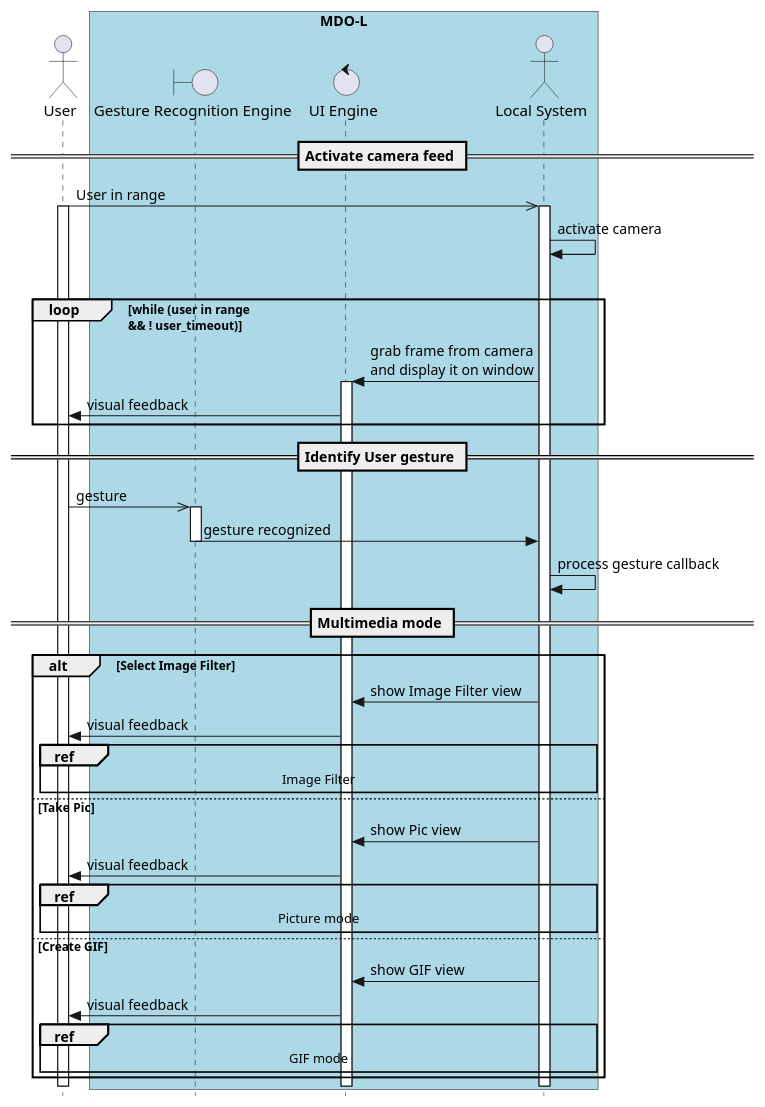
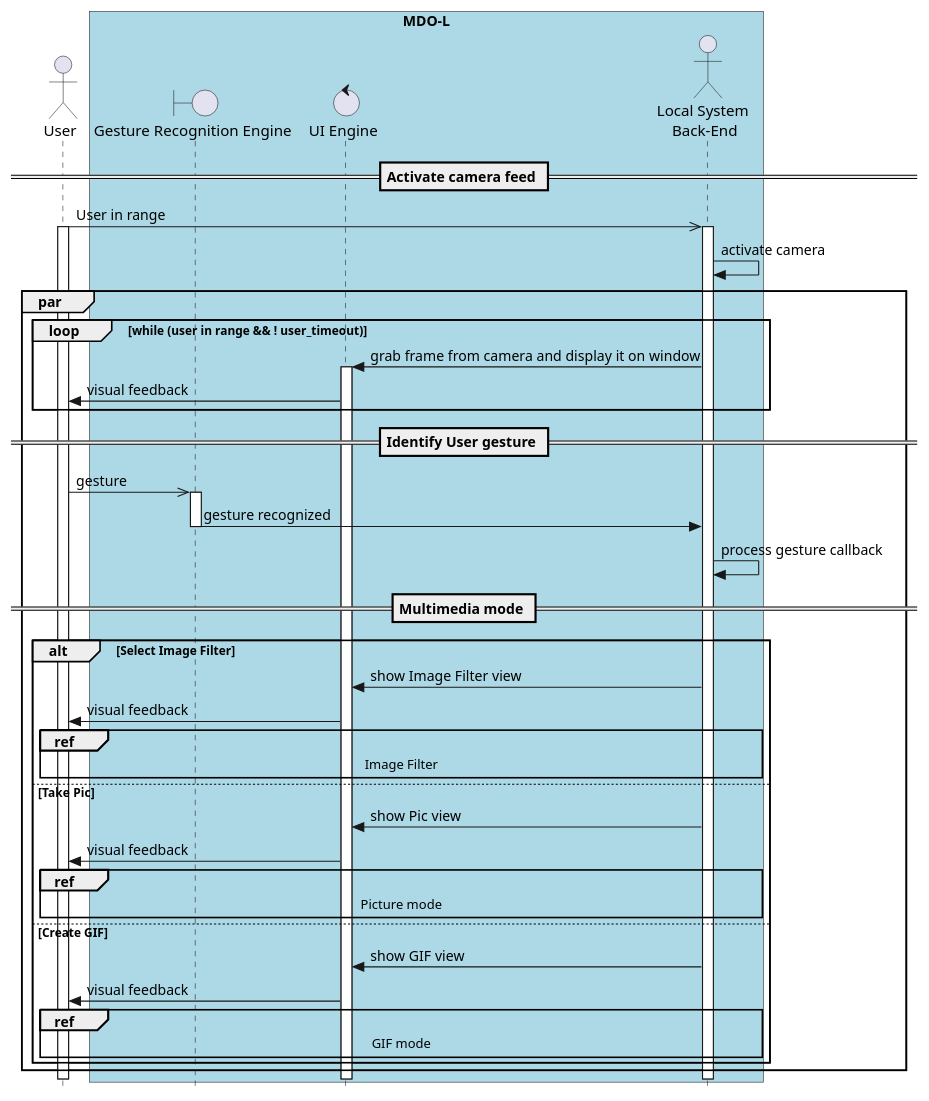
One commit to ElectroQuanta/MDO changed diagram 16 of 16 in Proj/readme.org. Above: the diagram before and after it, drawn with PlantUML. The commit also changed other lines of this file and 6 other files, not shown here.

Commit message:
UPDT: local: seq-diag - interaction mode

```diff
--- a/Proj/readme.org
+++ b/Proj/readme.org
@@ -565,71 +565,74 @@
-#+BEGIN_SRC plantuml :file diags/plantuml/seq-diag/output/interaction-mode.png
+#+BEGIN_SRC plantuml :file diags/plantuml/seq-diag/output/seq-local-interaction-mode.png
   @startuml
   ' ---------- SETUP ----------------
   ' strict uml style and hide footboxes
   skinparam style strictuml
   hide footbox
   ' for anchors and duration this may be required (uncomment)
   ' !pragma teoz true
 
   ' ---------- Declaring participants
   ' participant Participant as Foo
   actor User
   box "MDO-L" #LightBlue
   boundary "Gesture Recognition Engine" as GRE
   control "UI Engine" as UIE
-  actor "Local System" as LS
+  actor "Local System \nBack-End" as LS
   endbox
   ' entity      Entity      as Foo4
   ' database    Database    as Foo5
   ' collections Collections as Foo6
   ' queue       Queue       as Foo7
   ' Foo -> Foo1 : To actor 
   ' Foo -> Foo2 : To boundary
   ' Foo -> Foo3 : To control
   ' Foo -> Foo4 : To entity
   ' Foo -> Foo5 : To database
   ' Foo -> Foo6 : To collections
   ' Foo -> Foo7: To queue
 
   ' async message
 == Activate camera feed ==
   User ->> LS: User in range
   activate User
   activate LS
   LS -> LS: activate camera
 
   par
-      loop while (user in range \n&& ! user_timeout)
-          LS -> UIE: grab frame from camera \nand display it on window
-	  activate UIE
-	  UIE -> User: visual feedback
-      end
-
-== Identify User gesture ==
-User ->> GRE: gesture
-activate GRE
-GRE -> LS: gesture recognized
-deactivate GRE
-LS -> LS: process gesture callback
-== Multimedia mode ==
-alt Select Image Filter
-LS -> UIE: show Image Filter view
-UIE -> User: visual feedback
-ref over User, GRE, UIE, LS: Image Filter
-else Take Pic
-LS -> UIE: show Pic view
-UIE -> User: visual feedback
-ref over User, GRE, UIE, LS: Picture mode
-else Create GIF
-LS -> UIE: show GIF view
-UIE -> User: visual feedback
-ref over User, GRE, UIE, LS: GIF mode
-'' LS -> LS: process gesture \ncallback
-'' LS -> UIE: provide output
-'' UIE -> User: visual feedback
-      
+    loop while (user in range && ! user_timeout)
+	LS -> UIE: grab frame from camera and display it on window
+	activate UIE
+	UIE -> User: visual feedback
+    end
+    == Identify User gesture ==
+    User ->> GRE: gesture
+    activate GRE
+    GRE -> LS: gesture recognized
+    deactivate GRE
+    LS -> LS: process gesture callback
+    == Multimedia mode ==
+    alt Select Image Filter
+    LS -> UIE: show Image Filter view
+    UIE -> User: visual feedback
+    ref over User, GRE, UIE, LS: Image Filter
+' -------
+    else Take Pic
+    LS -> UIE: show Pic view
+    UIE -> User: visual feedback
+    ref over User, GRE, UIE, LS: Picture mode
+' -------
+    else Create GIF
+    LS -> UIE: show GIF view
+    UIE -> User: visual feedback
+    ref over User, GRE, UIE, LS: GIF mode
+    '' LS -> LS: process gesture \ncallback
+    '' LS -> UIE: provide output
+    '' UIE -> User: visual feedback
+    ' end alt
+    end 
+' end par
   end
 		
 
   @enduml
 #+END_SRC
```
